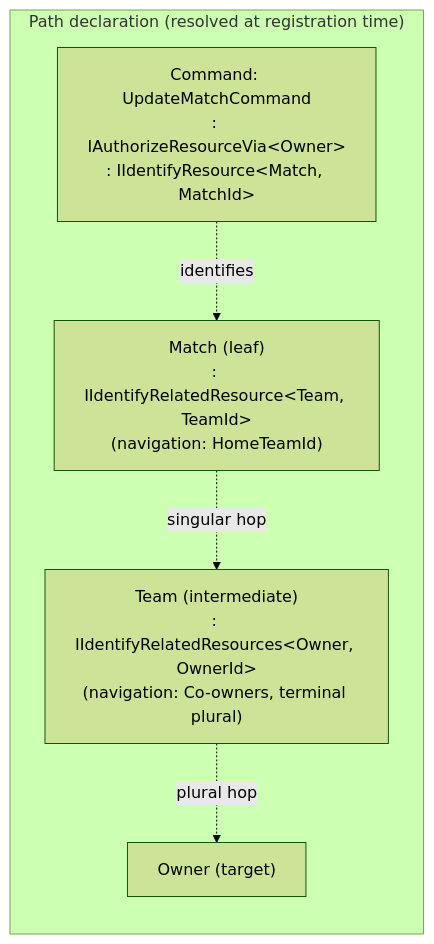
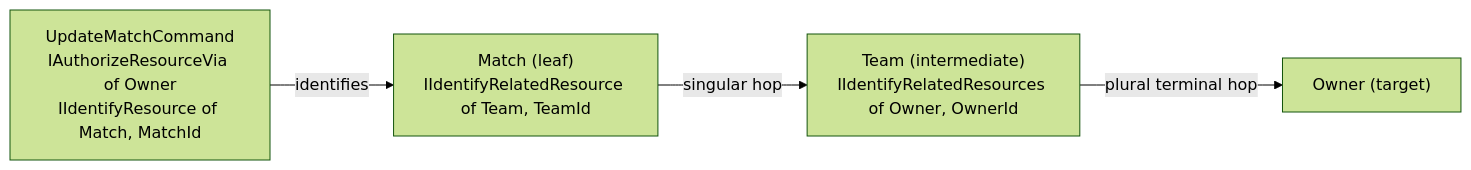
One commit to xavierjohn/FunctionalDDD changed the sixth of 7 diagrams in docs/docfx_project/articles/integration-asp-authorization.md. Above: the diagram before and after it, drawn with Mermaid (forest theme). The commit also changed other lines of this file, not shown here.

First line of the commit message:
Fix Mermaid diagram rendering: conservative syntax compatible with docfx's bundled renderer

````diff
--- a/docs/docfx_project/articles/integration-asp-authorization.md
+++ b/docs/docfx_project/articles/integration-asp-authorization.md
@@ -603,13 +604,11 @@
 ```mermaid
 flowchart LR
-    subgraph PathDeclaration["Path declaration (resolved at registration time)"]
-        Cmd["Command: UpdateMatchCommand<br/>: IAuthorizeResourceVia&lt;Owner&gt;<br/>: IIdentifyResource&lt;Match, MatchId&gt;"]
-        Match["Match (leaf)<br/>: IIdentifyRelatedResource&lt;Team, TeamId&gt;<br/>(navigation: HomeTeamId)"]
-        Team["Team (intermediate)<br/>: IIdentifyRelatedResources&lt;Owner, OwnerId&gt;<br/>(navigation: Co-owners, terminal plural)"]
-        Owner["Owner (target)"]
+    Cmd["UpdateMatchCommand<br/>IAuthorizeResourceVia of Owner<br/>IIdentifyResource of Match, MatchId"]
+    Match["Match (leaf)<br/>IIdentifyRelatedResource of Team, TeamId"]
+    Team["Team (intermediate)<br/>IIdentifyRelatedResources of Owner, OwnerId"]
+    Owner["Owner (target)"]
 
-        Cmd -.identifies.-> Match
-        Match -.singular hop.-> Team
-        Team -.plural hop.-> Owner
-    end
+    Cmd -- identifies --> Match
+    Match -- singular hop --> Team
+    Team -- plural terminal hop --> Owner
 ```
````
